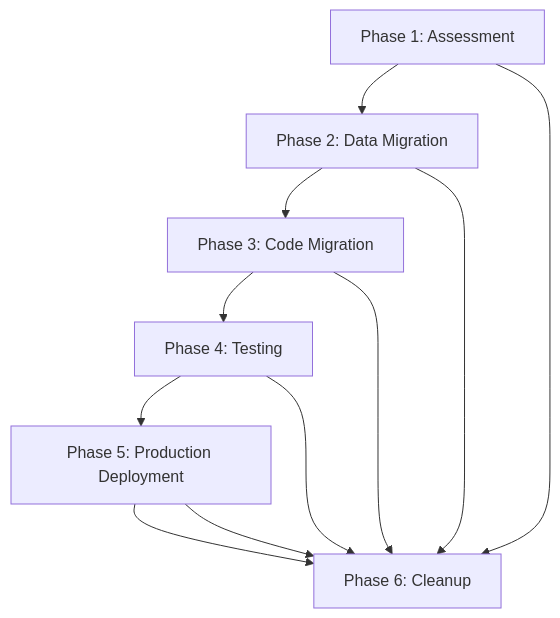
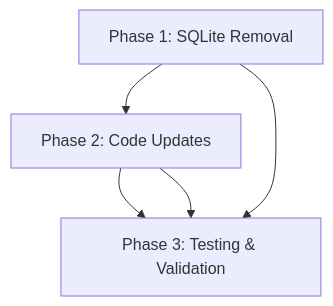
Before and after one commit to hyperpage/hyperpage: the second of 2 diagrams in docs/plan/sqlite-removal/README.md, drawn with Mermaid. The commit also changed other lines of this file and 12 other files, not shown here.

Commit message:
docs: rethink the sqlite removal

````diff
--- a/docs/plan/sqlite-removal/README.md
+++ b/docs/plan/sqlite-removal/README.md
@@ -222,14 +180,8 @@
 ```mermaid
 graph TD
-    P1[Phase 1: Assessment] --> P2[Phase 2: Data Migration]
-    P2 --> P3[Phase 3: Code Migration]
-    P3 --> P4[Phase 4: Testing]
-    P4 --> P5[Phase 5: Production Deployment]
-    P5 --> P6[Phase 6: Cleanup]
+    P1[Phase 1: SQLite Removal] --> P2[Phase 2: Code Updates]
+    P2 --> P3[Phase 3: Testing & Validation]
     
-    P1 --> P6
-    P2 --> P6
-    P3 --> P6
-    P4 --> P6
-    P5 --> P6
+    P1 --> P3
+    P2 --> P3
 ```
````
